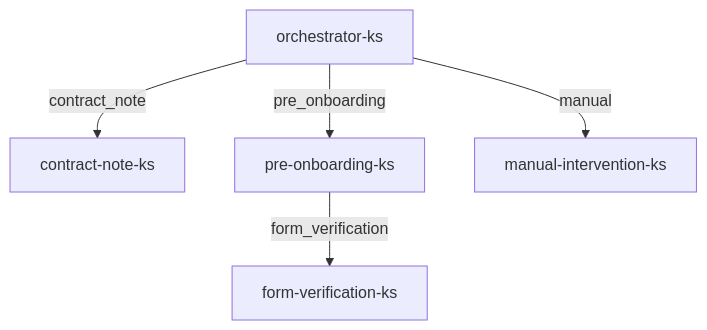
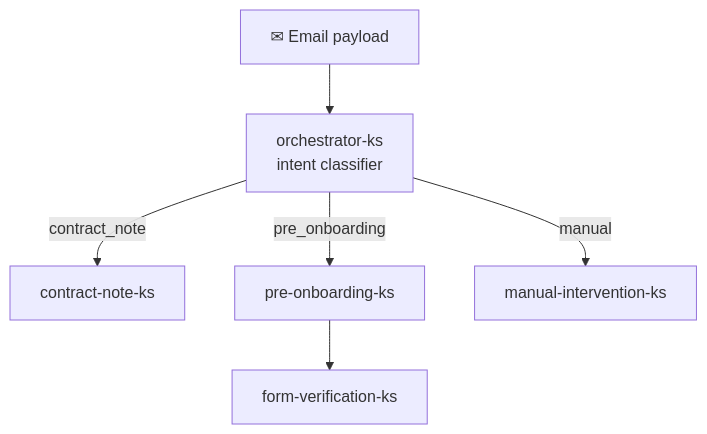
One commit to KasamShaikh/agentic-email-processing changed the diagram in README.md. Above: the diagram before and after it, drawn with Mermaid. The commit also changed other lines of this file, not shown here.

Commit message:
docs: add Live Operations Dashboard (UI) section; update Phase 3 to classifier routing

````diff
--- a/README.md
+++ b/README.md
@@ -159,7 +159,8 @@
 ```mermaid
 flowchart TD
-    O[orchestrator-ks] -->|contract_note| C[contract-note-ks]
+    E[✉ Email payload] --> O[orchestrator-ks<br/>intent classifier]
+    O -->|contract_note| C[contract-note-ks]
     O -->|pre_onboarding| P[pre-onboarding-ks]
     O -->|manual| M[manual-intervention-ks]
-    P -->|form_verification| F[form-verification-ks]
+    P --> F[form-verification-ks]
 ```
````
